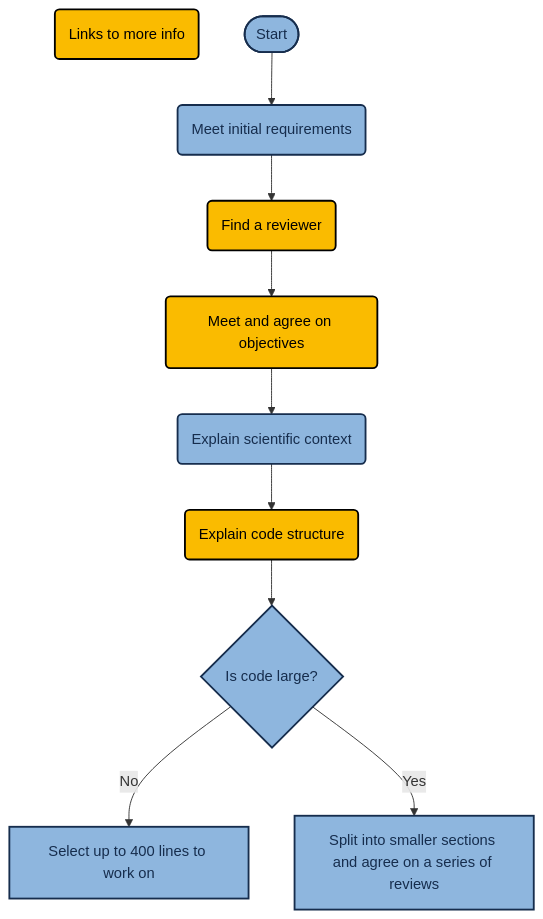
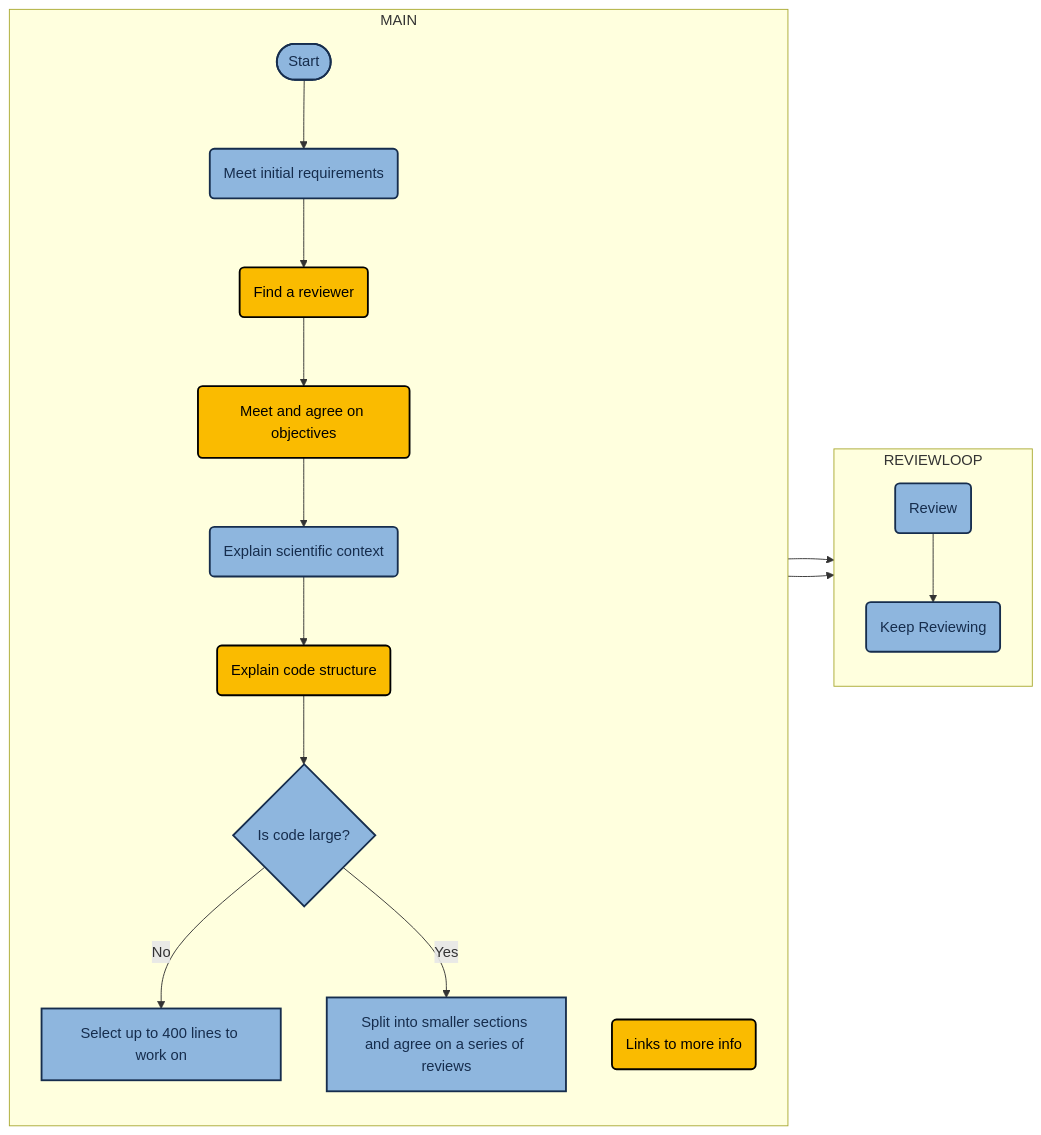
One commit to ResearchCodeReviewCommunity/dev-review changed the diagram in site/content/flowcharts/lonecoder.md. Above: the diagram before and after it, drawn with Mermaid.

Commit message:
WIP: add 2nd half of flowchart

```diff
--- a/site/content/flowcharts/lonecoder.md
+++ b/site/content/flowcharts/lonecoder.md
@@ -7,24 +7,34 @@
 {{< mermaid >}}
 %% lonecoder mermaid
-graph TD;
-  Link(Links to more info)
-  A([Start]) --> B(Meet initial requirements)
-  %%YouAreHere(You are here)
-  B --> C(Find a reviewer)
-  C --> D(Meet and agree on objectives)
-  D --> E(Explain scientific context)
-  E --> F(Explain code structure)
-  F --> G{Is code large?}
-  G -- No --> H[Select up to 400 lines to work on]
-  G -- Yes --> I[Split into smaller sections and agree on a series of reviews]
+flowchart LR
+  H-->REVIEWLOOP
+  I-->REVIEWLOOP
+  subgraph MAIN
+    direction TD;
+      Link(Links to more info)
+      A([Start]) --> B(Meet initial requirements)
+      %%YouAreHere(You are here)
+      B --> C(Find a reviewer)
+      C --> D(Meet and agree on objectives)
+      D --> E(Explain scientific context)
+      E --> F(Explain code structure)
+      F --> G{Is code large?}
+      G -- No --> H[Select up to 400 lines to work on]
+      G -- Yes --> I[Split into smaller sections and agree on a series of reviews]
+    
+      click C "https://researchcodereviewcommunity.github.io/dev-review/recipes/find_a_reviewer/" "Find a reviewer"
+      click D "https://researchcodereviewcommunity.github.io/dev-review/recipes/meet_and_agree_on_objectives/" "Meet and agree on objectives"
+      click F "https://researchcodereviewcommunity.github.io/dev-review/recipes/explain_code_structure/" "Explain code structure"
+    
+      classDef default fill:#8EB6DE,stroke:#162D4D,stroke-width:2px,color:#162D4D;
+      classDef linkedBox fill:#FABB00,stroke:#000,stroke-width:2px,color:#000;
+      classDef youAreHereBox fill:#FA3800,stroke:#000,stroke-width:2px,color:#000;
+      class Link,C,D,F linkedBox
+      class YouAreHere youAreHereBox
+  end
+  subgraph REVIEWLOOP
+    direction TD
+    A2(Review) --> B2(Keep Reviewing)
+  end
 
-  click C "https://researchcodereviewcommunity.github.io/dev-review/recipes/find_a_reviewer/" "Find a reviewer"
-  click D "https://researchcodereviewcommunity.github.io/dev-review/recipes/meet_and_agree_on_objectives/" "Meet and agree on objectives"
-  click F "https://researchcodereviewcommunity.github.io/dev-review/recipes/explain_code_structure/" "Explain code structure"
-
-  classDef default fill:#8EB6DE,stroke:#162D4D,stroke-width:2px,color:#162D4D;
-  classDef linkedBox fill:#FABB00,stroke:#000,stroke-width:2px,color:#000;
-  classDef youAreHereBox fill:#FA3800,stroke:#000,stroke-width:2px,color:#000;
-  class Link,C,D,F linkedBox
-  class YouAreHere youAreHereBox
 {{< /mermaid >}}
```
